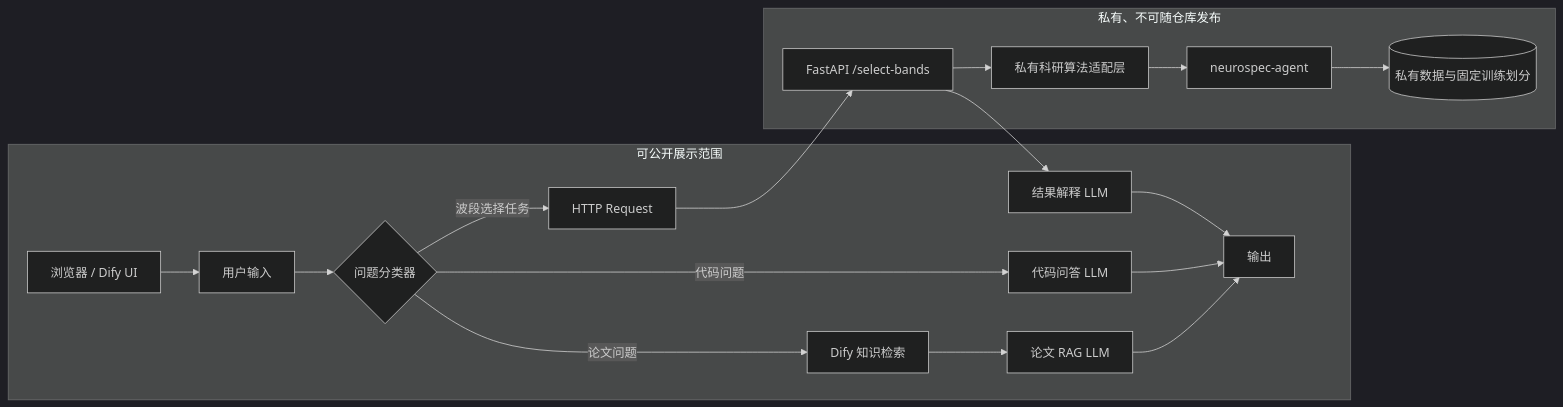
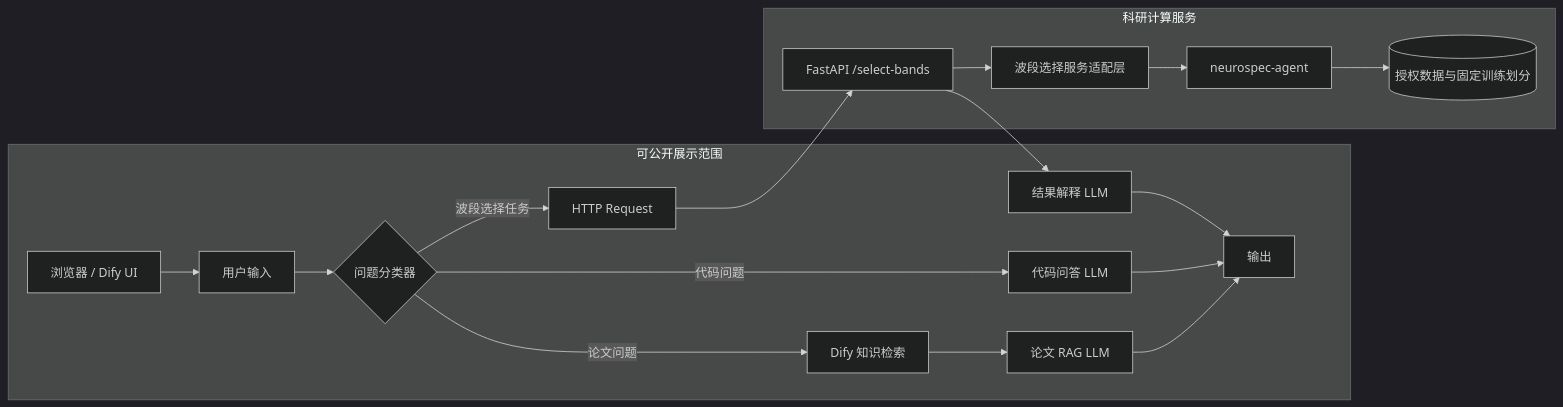
One commit to siyuLi1213/ResearchPilot-satellite changed the diagram in docs/architecture.md. Above: the diagram before and after it, drawn with Mermaid (dark theme). The commit also changed other lines of this file and 1 other file, not shown here.

Commit message:
Update architecture publication boundary

````diff
--- a/docs/architecture.md
+++ b/docs/architecture.md
@@ -3,36 +3,36 @@
 ```mermaid
 flowchart LR
     U[浏览器 / Dify UI] --> S[用户输入]
     S --> C{问题分类器}
     C -->|论文问题| K[Dify 知识检索]
     K --> R[论文 RAG LLM]
     C -->|代码问题| Q[代码问答 LLM]
     C -->|波段选择任务| H[HTTP Request]
     H --> A[FastAPI /select-bands]
-    A --> P[私有科研算法适配层]
+    A --> P[波段选择服务适配层]
     P --> N[neurospec-agent]
-    N --> D[(私有数据与固定训练划分)]
+    N --> D[(授权数据与固定训练划分)]
     A --> B[结果解释 LLM]
     R --> O[输出]
     Q --> O
     B --> O
 
     subgraph Public[可公开展示范围]
       U
       S
       C
       K
       R
       Q
       H
       B
       O
     end
 
-    subgraph Private[私有、不可随仓库发布]
+    subgraph Compute[科研计算服务]
       A
       P
       N
       D
     end
 ```
````
